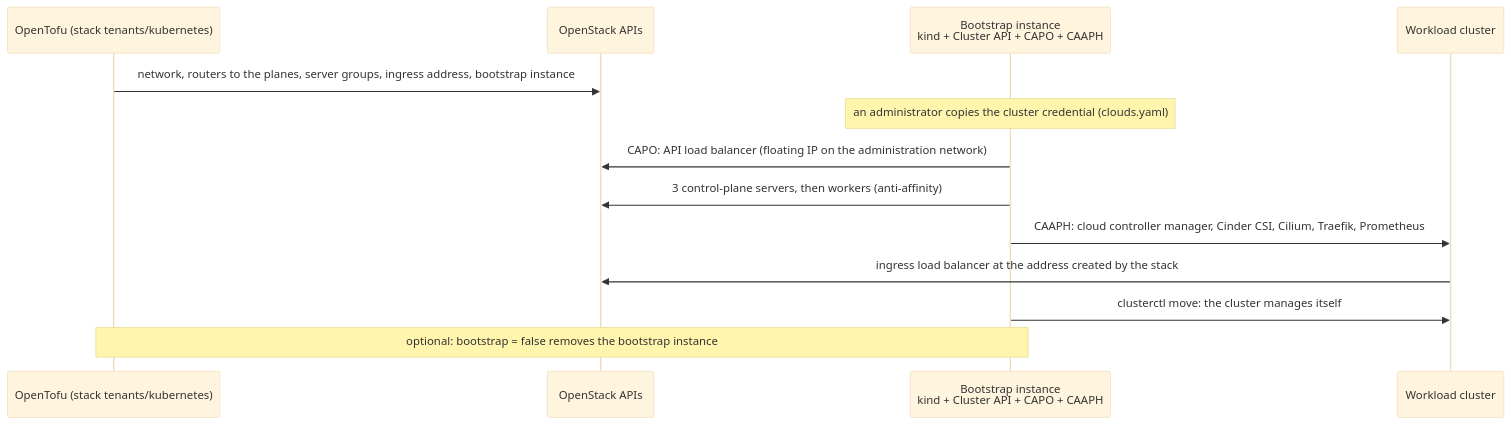
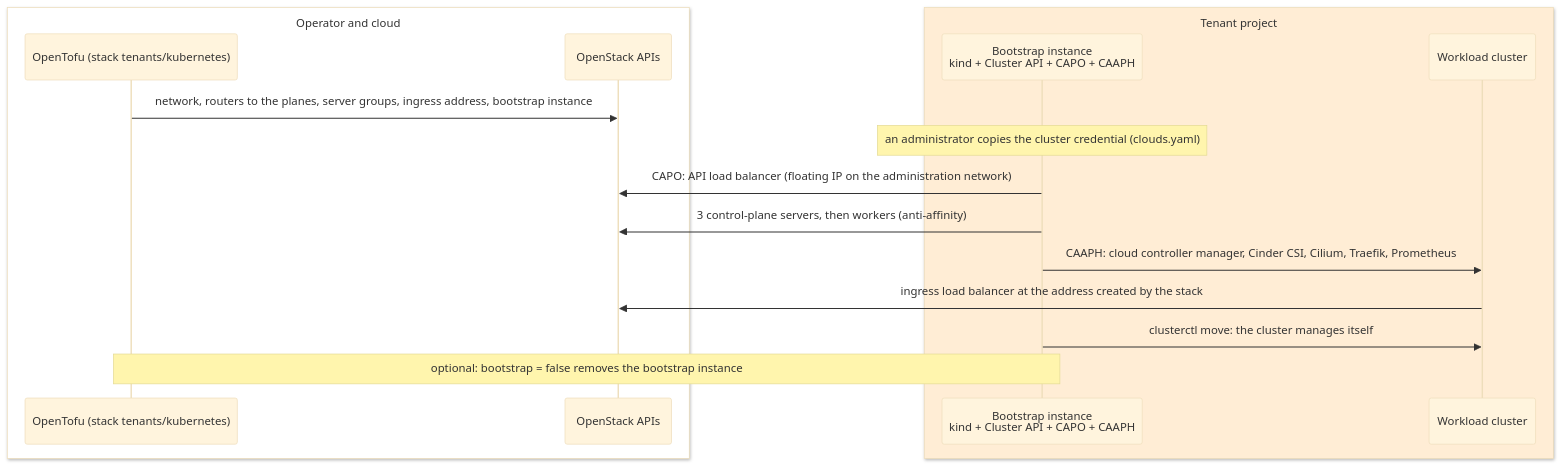
One commit to CyprisTech/openstack-multitenant-reference changed the second of 2 diagrams in stacks/tenants/kubernetes/README.md. Above: the diagram before and after it, drawn with Mermaid (base theme). The commit also changed other lines of this file and 17 other files, not shown here.

First line of the commit message:
Diagrams: tenants by exposure, one palette by role, compact diagrams

````diff
--- a/stacks/tenants/kubernetes/README.md
+++ b/stacks/tenants/kubernetes/README.md
@@ -44,15 +51,19 @@
 ```mermaid
 sequenceDiagram
+    box rgb(255,255,255) Operator and cloud
     participant TF as OpenTofu (stack tenants/kubernetes)
     participant OS as OpenStack APIs
+    end
+    box rgb(255,237,213) Tenant project
     participant B as Bootstrap instance<br/>kind + Cluster API + CAPO + CAAPH
     participant W as Workload cluster
+    end
     TF->>OS: network, routers to the planes, server groups, ingress address, bootstrap instance
     Note over B: an administrator copies the cluster credential (clouds.yaml)
     B->>OS: CAPO: API load balancer (floating IP on the administration network)
     B->>OS: 3 control-plane servers, then workers (anti-affinity)
     B->>W: CAAPH: cloud controller manager, Cinder CSI, Cilium, Traefik, Prometheus
     W->>OS: ingress load balancer at the address created by the stack
     B->>W: clusterctl move: the cluster manages itself
     Note over TF,B: optional: bootstrap = false removes the bootstrap instance
 ```
````
